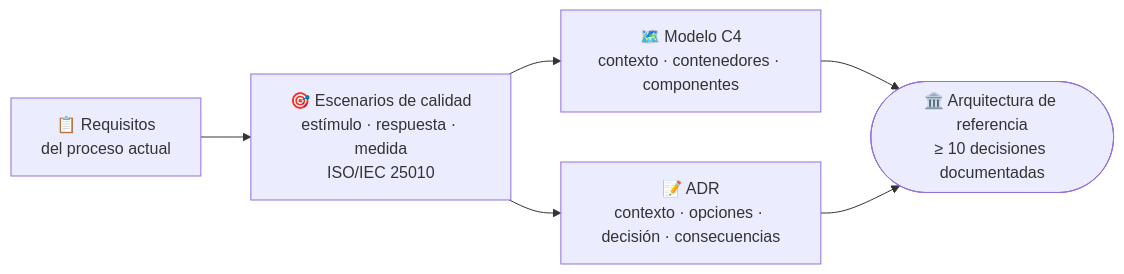
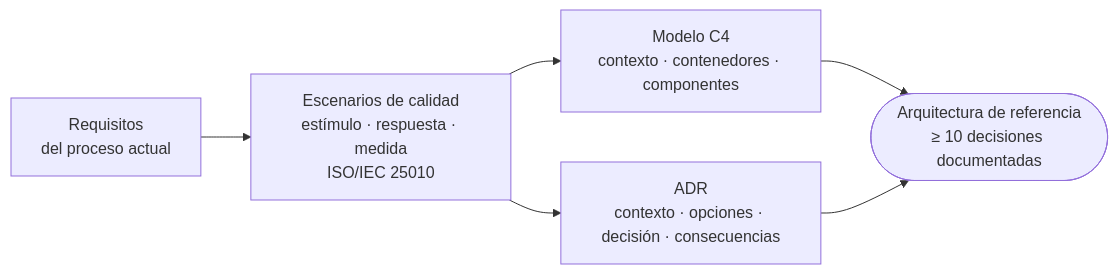
Before and after one commit to AlejoTechEngineer/veriagent-einvoice-latam: the fourth of 6 diagrams in entrega-2-borrador-intermedio/README.md, drawn with Mermaid. The commit also changed other lines of this file and 2 other files, not shown here.

````diff
--- a/entrega-2-borrador-intermedio/README.md
+++ b/entrega-2-borrador-intermedio/README.md
@@ -261,8 +261,8 @@
 ```mermaid
 flowchart LR
-    RQ["📋 Requisitos<br/>del proceso actual"] --> QA["🎯 Escenarios de calidad<br/>estímulo · respuesta · medida<br/>ISO/IEC 25010"]
-    QA --> C4["🗺️ Modelo C4<br/>contexto · contenedores · componentes"]
-    QA --> ADR["📝 ADR<br/>contexto · opciones · decisión · consecuencias"]
-    C4 --> AR(["🏛️ Arquitectura de referencia<br/>≥ 10 decisiones documentadas"])
+    RQ["Requisitos<br/>del proceso actual"] --> QA["Escenarios de calidad<br/>estímulo · respuesta · medida<br/>ISO/IEC 25010"]
+    QA --> C4["Modelo C4<br/>contexto · contenedores · componentes"]
+    QA --> ADR["ADR<br/>contexto · opciones · decisión · consecuencias"]
+    C4 --> AR(["Arquitectura de referencia<br/>≥ 10 decisiones documentadas"])
     ADR --> AR
 ```
````
